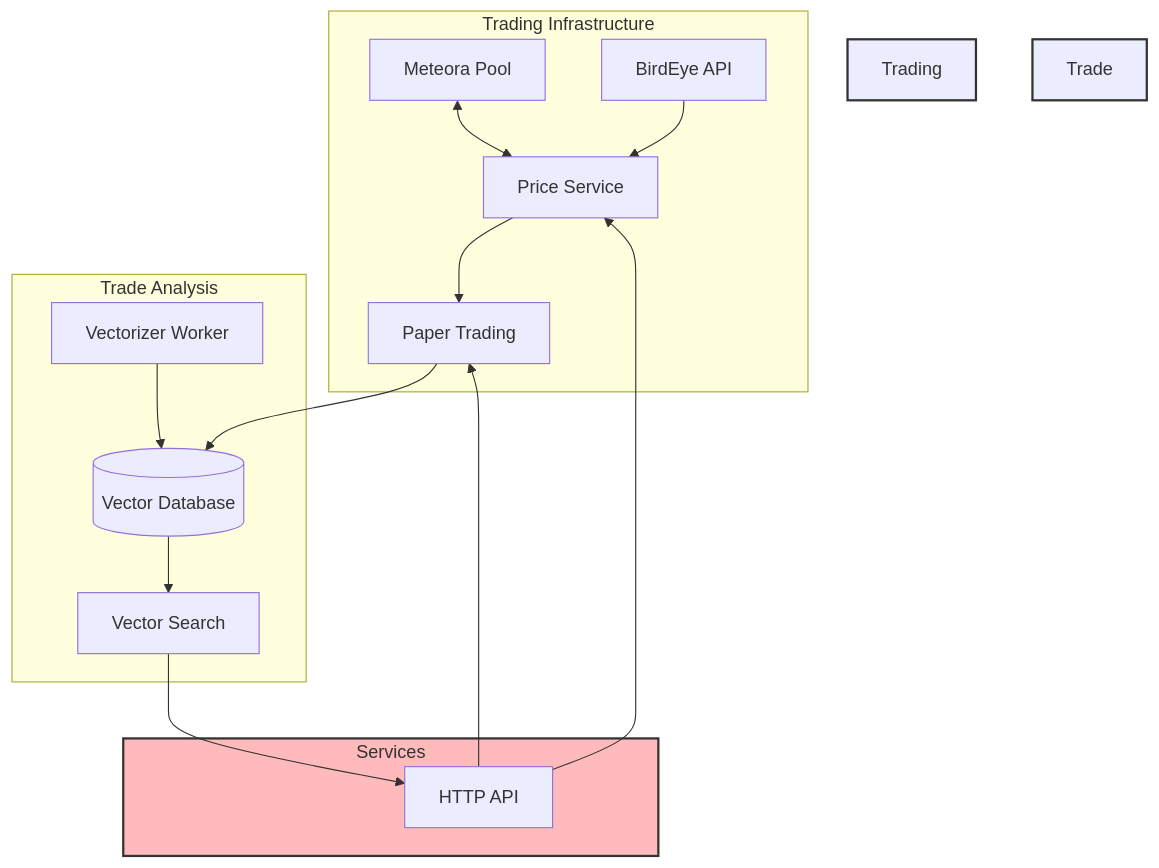
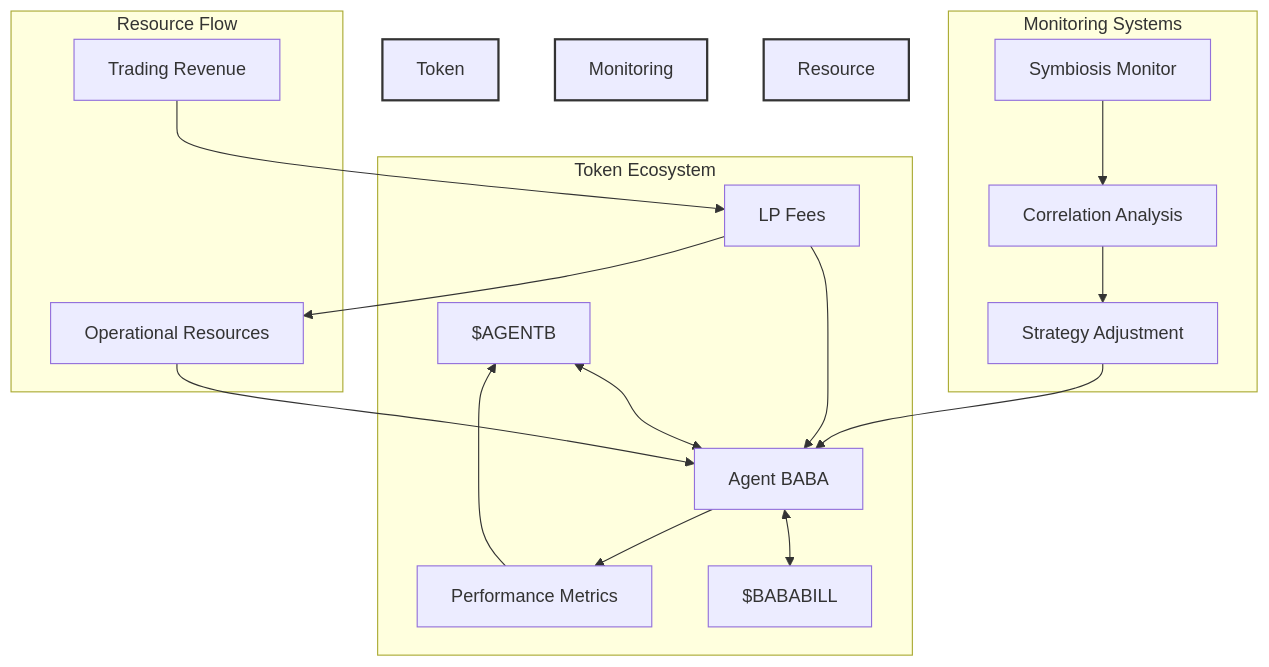
One commit to botmechanic/agent-baba changed the second of 2 diagrams in README.md. Above: the diagram before and after it, drawn with Mermaid. The commit also changed other lines of this file and 2 other files, not shown here.

````diff
--- a/README.md
+++ b/README.md
@@ -18,24 +81,26 @@
 ```mermaid
-flowchart TB
-    subgraph Trading Infrastructure
-        MP[Meteora Pool] <--> PS[Price Service]
-        PS --> PTS[Paper Trading]
-        BE[BirdEye API] --> PS
+graph TB
+    subgraph "Token Ecosystem"
+        A[$AGENTB] <--> B[Agent BABA]
+        B <--> C[$BABABILL]
+        D[LP Fees] --> B
+        B --> E[Performance Metrics]
+        E --> A
     end
 
-    subgraph Trade Analysis
-        PTS --> VDB[(Vector Database)]
-        VDB --> VS[Vector Search]
-        VW[Vectorizer Worker] --> VDB
+    subgraph "Monitoring Systems"
+        F[Symbiosis Monitor] --> G[Correlation Analysis]
+        G --> H[Strategy Adjustment]
+        H --> B
     end
 
-    subgraph Services
-        API[HTTP API] --> PTS
-        API --> PS
-        VS --> API
+    subgraph "Resource Flow"
+        I[Trading Revenue] --> D
+        D --> J[Operational Resources]
+        J --> B
     end
 
-    style Trading Infrastructure fill:#bbf,stroke:#333,stroke-width:2px
-    style Trade Analysis fill:#bfb,stroke:#333,stroke-width:2px
-    style Services fill:#fbb,stroke:#333,stroke-width:2px
+    style Token Ecosystem fill:#f9f,stroke:#333,stroke-width:2px
+    style Monitoring Systems fill:#bbf,stroke:#333,stroke-width:2px
+    style Resource Flow fill:#bfb,stroke:#333,stroke-width:2px
 ```
````
